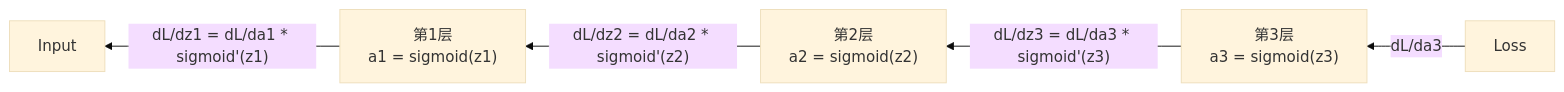
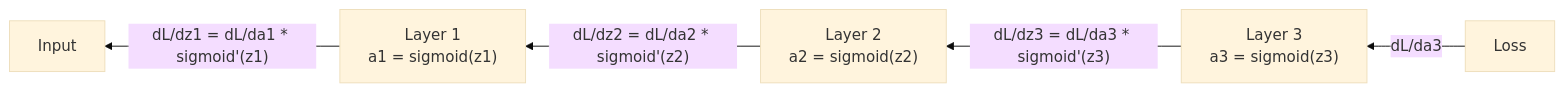
One commit to xiaojiaenen/ai-engineering-from-scratch-zh changed the third of 3 diagrams in i18n/zh/phases/03-deep-learning-core/03-backpropagation/docs/zh.md. Above: the diagram before and after it, drawn with Mermaid (base theme). The commit also changed other lines of this file and 13 other files, not shown here.

````diff
--- a/i18n/zh/phases/03-deep-learning-core/03-backpropagation/docs/zh.md
+++ b/i18n/zh/phases/03-deep-learning-core/03-backpropagation/docs/zh.md
@@ -79,7 +79,7 @@
 ```mermaid
 graph RL
-    L["Loss"] -- "dL/da3" --> L3["第3层\na3 = sigmoid(z3)"]
-    L3 -- "dL/dz3 = dL/da3 * sigmoid'(z3)" --> L2["第2层\na2 = sigmoid(z2)"]
-    L2 -- "dL/dz2 = dL/da2 * sigmoid'(z2)" --> L1["第1层\na1 = sigmoid(z1)"]
+    L["Loss"] -- "dL/da3" --> L3["Layer 3\na3 = sigmoid(z3)"]
+    L3 -- "dL/dz3 = dL/da3 * sigmoid'(z3)" --> L2["Layer 2\na2 = sigmoid(z2)"]
+    L2 -- "dL/dz2 = dL/da2 * sigmoid'(z2)" --> L1["Layer 1\na1 = sigmoid(z1)"]
     L1 -- "dL/dz1 = dL/da1 * sigmoid'(z1)" --> I["Input"]
 ```
````
